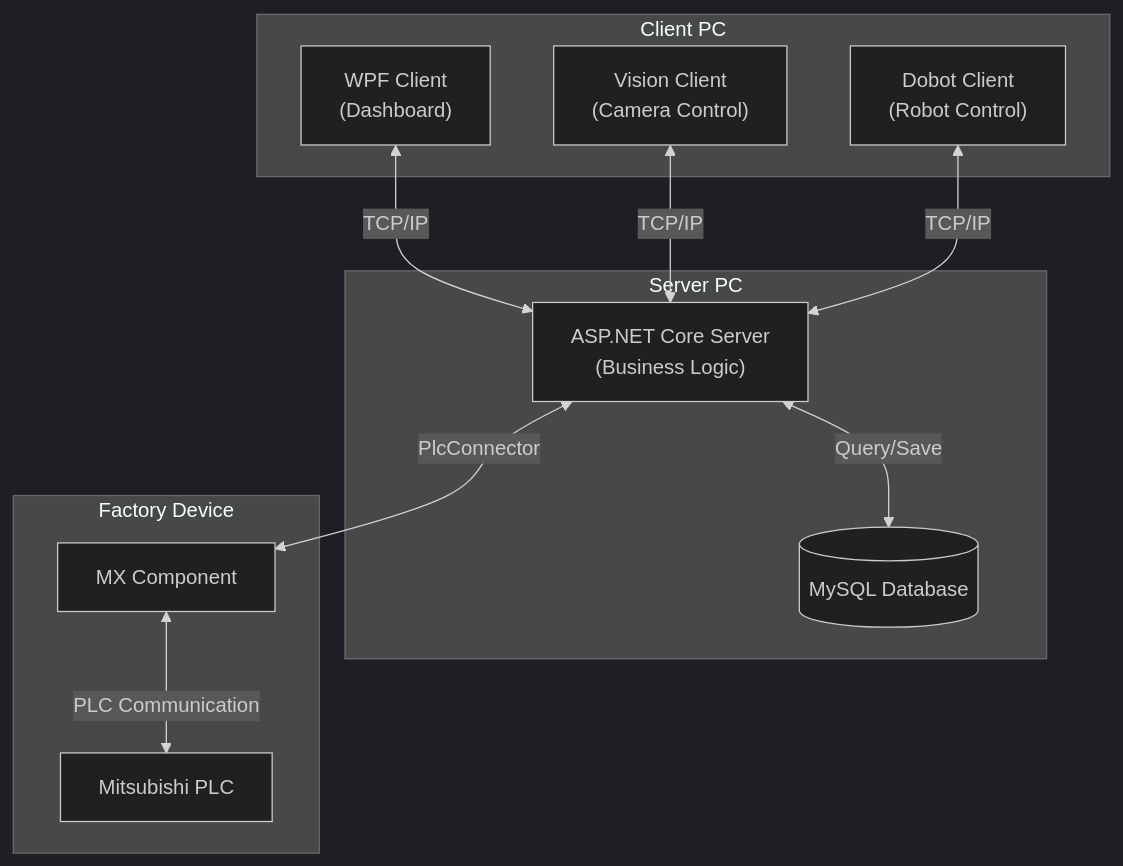
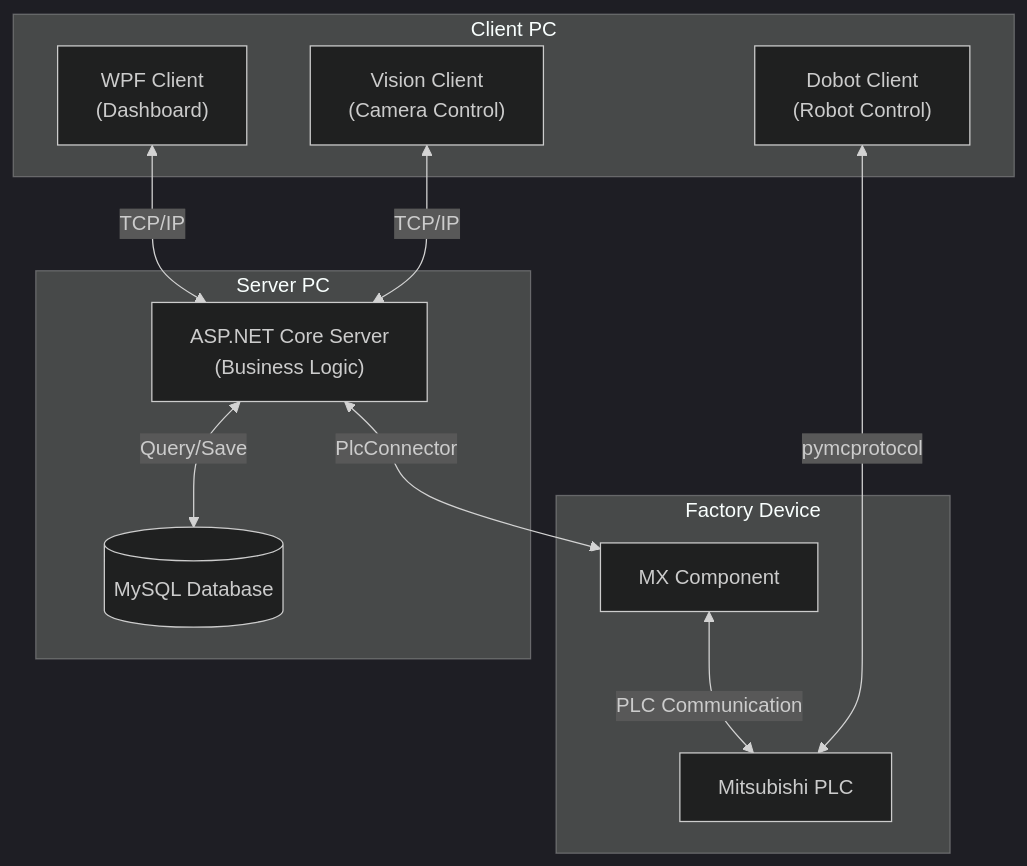
Before and after one commit to yunho21-dotcom/automotive-mes-server: the diagram in README.md, drawn with Mermaid (dark theme). The commit also changed other lines of this file and 2 other files, not shown here.

First line of the commit message:
PLC 주문 로직 업데이트 및 README 데이터베이스 문서 보강

````diff
--- a/README.md
+++ b/README.md
@@ -60,26 +68,26 @@
 ```mermaid
 graph TD
     subgraph ClientPC["Client PC"]
         WPF["WPF Client<br/>(Dashboard)"]
         Vision["Vision Client<br/>(Camera Control)"]
         Dobot["Dobot Client<br/>(Robot Control)"]
     end
 
     subgraph ServerPC["Server PC"]
         Server["ASP.NET Core Server<br/>(Business Logic)"]
         DB[("MySQL Database")]
     end
 
     subgraph FactoryDevice["Factory Device"]
         MX["MX Component"]
         PLC["Mitsubishi PLC"]
     end
 
     WPF <-->|"TCP/IP"| Server
     Vision <-->|"TCP/IP"| Server
-    Dobot <-->|"TCP/IP"| Server
     
     Server <-->|"Query/Save"| DB
     Server <-->|"PlcConnector"| MX
     MX <-->|"PLC Communication"| PLC
+    Dobot <-->|"pymcprotocol"| PLC
 ```
````
